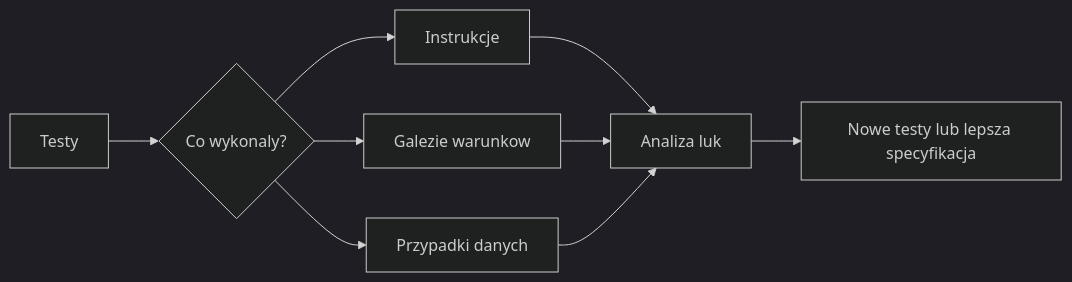
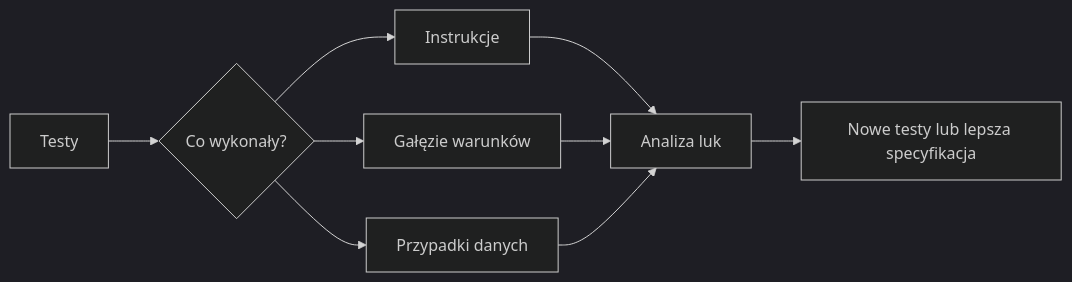
One commit to tborzyszkowski/warsztat-programisty-pjatk changed the second of 2 diagrams in src/01-organizacja/04-obliczenia-i-testy/README.md. Above: the diagram before and after it, drawn with Mermaid (dark theme). The commit also changed other lines of this file and 10 other files, not shown here.

Commit message:
Fix typos and improve language consistency in documentation and code comments across multiple files; update diagrams for clarity and correctness.

````diff
--- a/src/01-organizacja/04-obliczenia-i-testy/README.md
+++ b/src/01-organizacja/04-obliczenia-i-testy/README.md
@@ -192,11 +192,11 @@
 ```mermaid
 flowchart LR
-    A[Testy] --> B{Co wykonaly?}
+    A[Testy] --> B{Co wykonały?}
     B --> C[Instrukcje]
-    B --> D[Galezie warunkow]
+    B --> D[Gałęzie warunków]
     B --> E[Przypadki danych]
     C --> F[Analiza luk]
     D --> F
     E --> F
     F --> G[Nowe testy lub lepsza specyfikacja]
 ```
````
